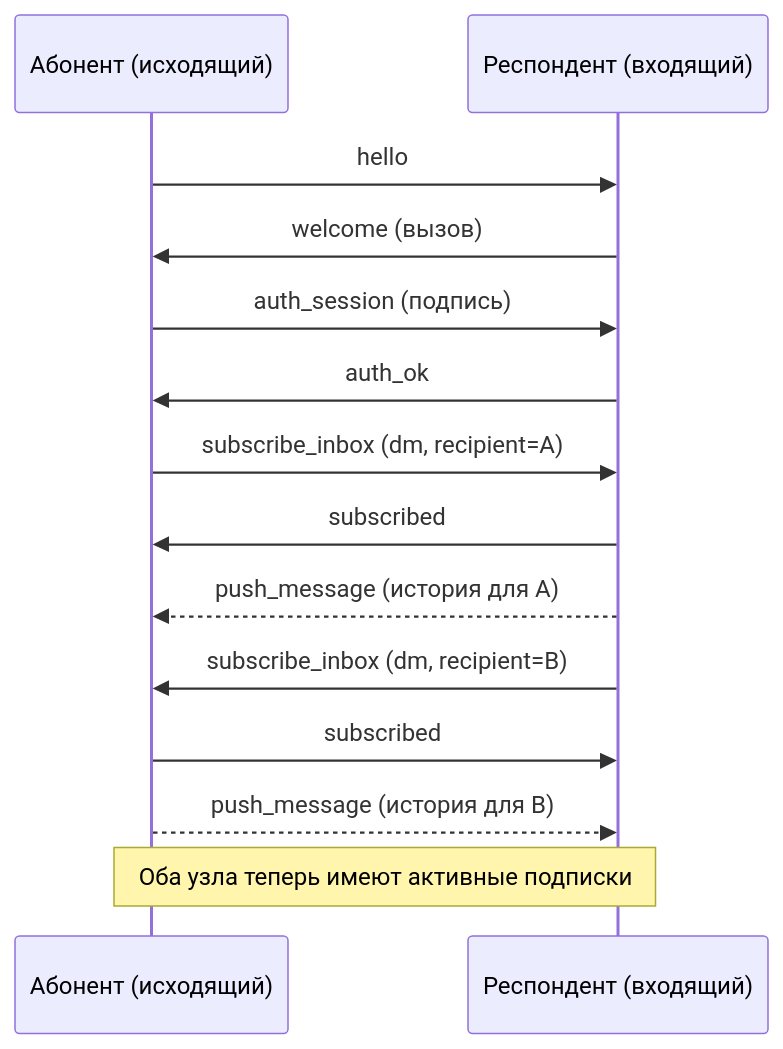
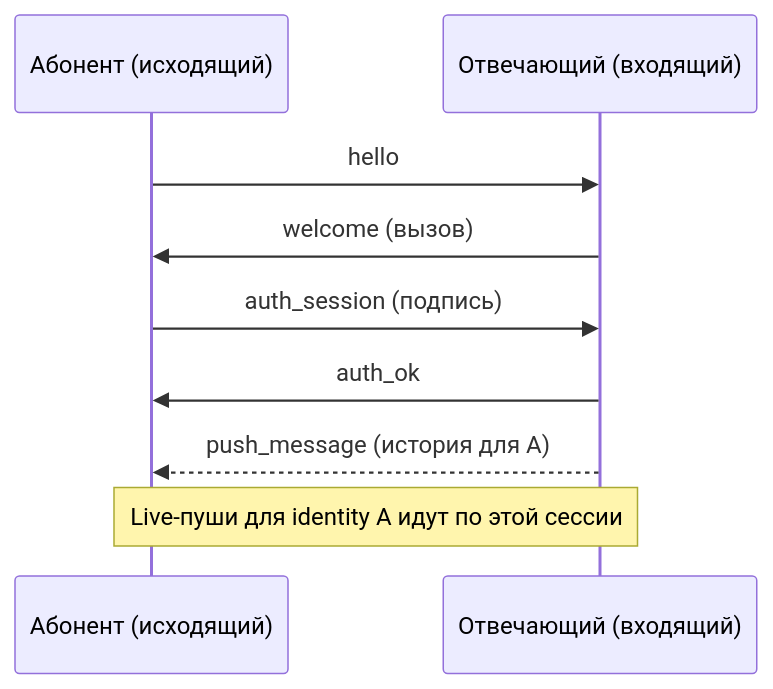
Before and after one commit to piratecash/corsa: the third of 4 diagrams in docs/protocol/realtime.md, drawn with Mermaid. The commit also changed other lines of this file and 67 other files, not shown here.

````diff
--- a/docs/protocol/realtime.md
+++ b/docs/protocol/realtime.md
@@ -579,16 +398,11 @@
 ```mermaid
 sequenceDiagram
     participant A as Абонент (исходящий)
-    participant B as Респондент (входящий)
+    participant B as Отвечающий (входящий)
     A->>B: hello
     B->>A: welcome (вызов)
     A->>B: auth_session (подпись)
     B->>A: auth_ok
-    A->>B: subscribe_inbox (dm, recipient=A)
-    B->>A: subscribed
     B-->>A: push_message (история для A)
-    B->>A: subscribe_inbox (dm, recipient=B)
-    A->>B: subscribed
-    A-->>B: push_message (история для B)
-    note over A,B: Оба узла теперь имеют активные подписки
+    note over A,B: Live-пуши для identity A идут по этой сессии
 ```
````
